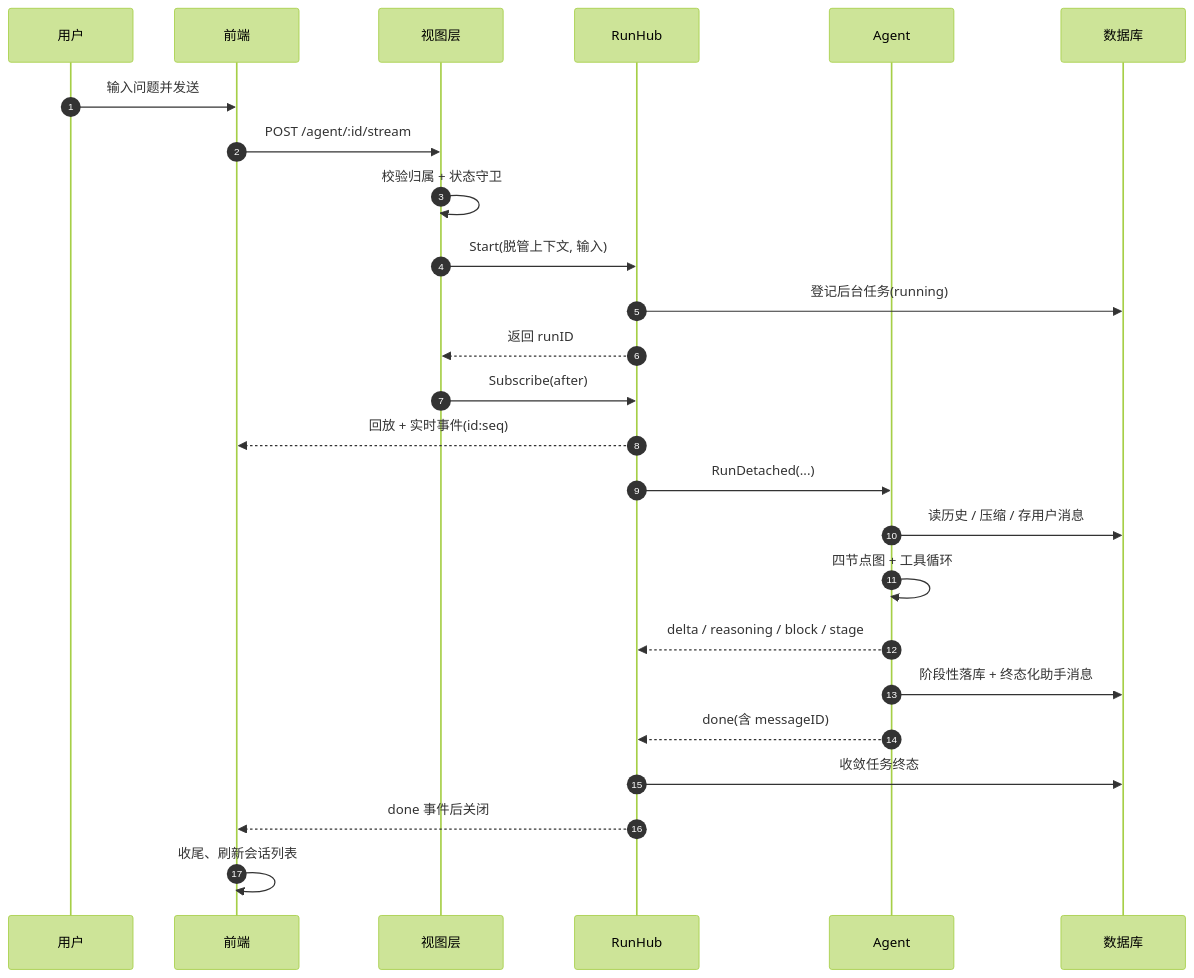
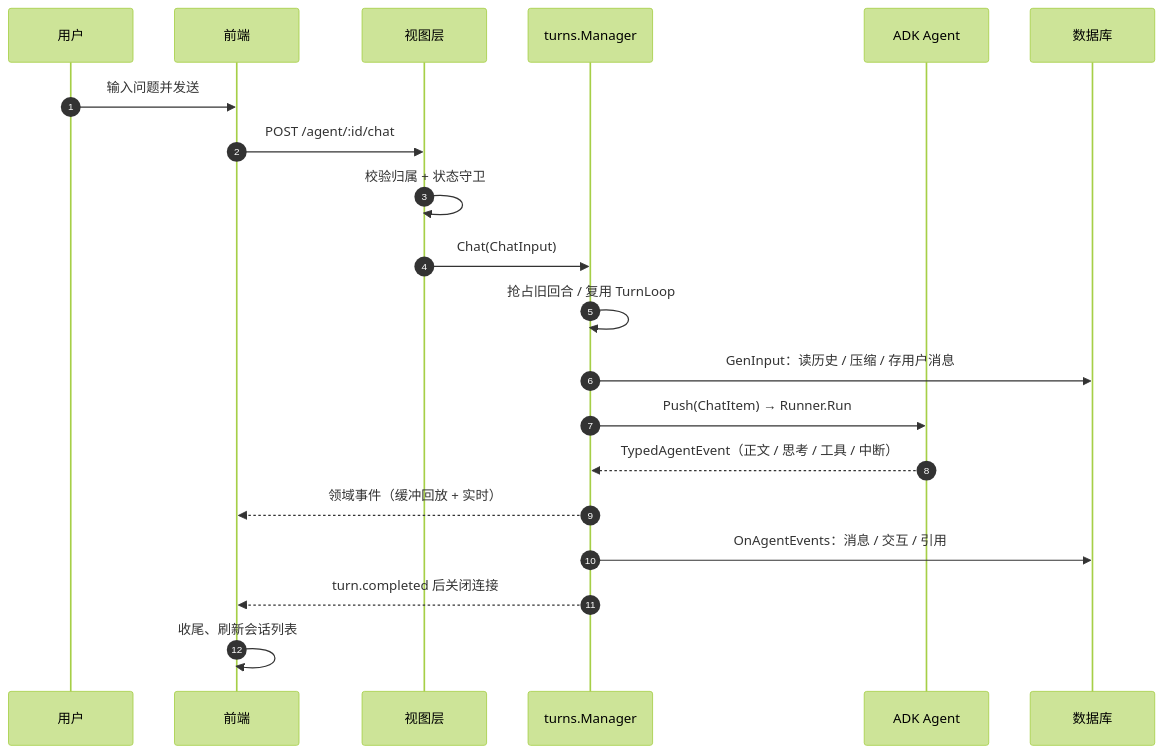
Before and after one commit to olinex/zhongkui: the third of 8 diagrams in docs/curated/explanation/agent-architecture.md, drawn with Mermaid (forest theme). The commit also changed other lines of this file and 434 other files, not shown here.

````diff
--- a/docs/curated/explanation/agent-architecture.md
+++ b/docs/curated/explanation/agent-architecture.md
@@ -394,28 +405,23 @@
 ```mermaid
 sequenceDiagram
     autonumber
     participant U as 用户
     participant FE as 前端
     participant V as 视图层
-    participant H as RunHub
-    participant A as Agent
+    participant T as turns.Manager
+    participant A as ADK Agent
     participant DB as 数据库
 
     U->>FE: 输入问题并发送
-    FE->>V: POST /agent/:id/stream
+    FE->>V: POST /agent/:id/chat
     V->>V: 校验归属 + 状态守卫
-    V->>H: Start(脱管上下文, 输入)
-    H->>DB: 登记后台任务(running)
-    H-->>V: 返回 runID
-    V->>H: Subscribe(after)
-    H-->>FE: 回放 + 实时事件(id:seq)
-    H->>A: RunDetached(...)
-    A->>DB: 读历史 / 压缩 / 存用户消息
-    A->>A: 四节点图 + 工具循环
-    A-->>H: delta / reasoning / block / stage
-    A->>DB: 阶段性落库 + 终态化助手消息
-    A-->>H: done(含 messageID)
-    H->>DB: 收敛任务终态
-    H-->>FE: done 事件后关闭
+    V->>T: Chat(ChatInput)
+    T->>T: 抢占旧回合 / 复用 TurnLoop
+    T->>DB: GenInput：读历史 / 压缩 / 存用户消息
+    T->>A: Push(ChatItem) → Runner.Run
+    A-->>T: TypedAgentEvent（正文 / 思考 / 工具 / 中断）
+    T-->>FE:领域事件（缓冲回放 + 实时）
+    T->>DB: OnAgentEvents：消息 / 交互 / 引用
+    T-->>FE: turn.completed 后关闭连接
     FE->>FE: 收尾、刷新会话列表
 ```
````
